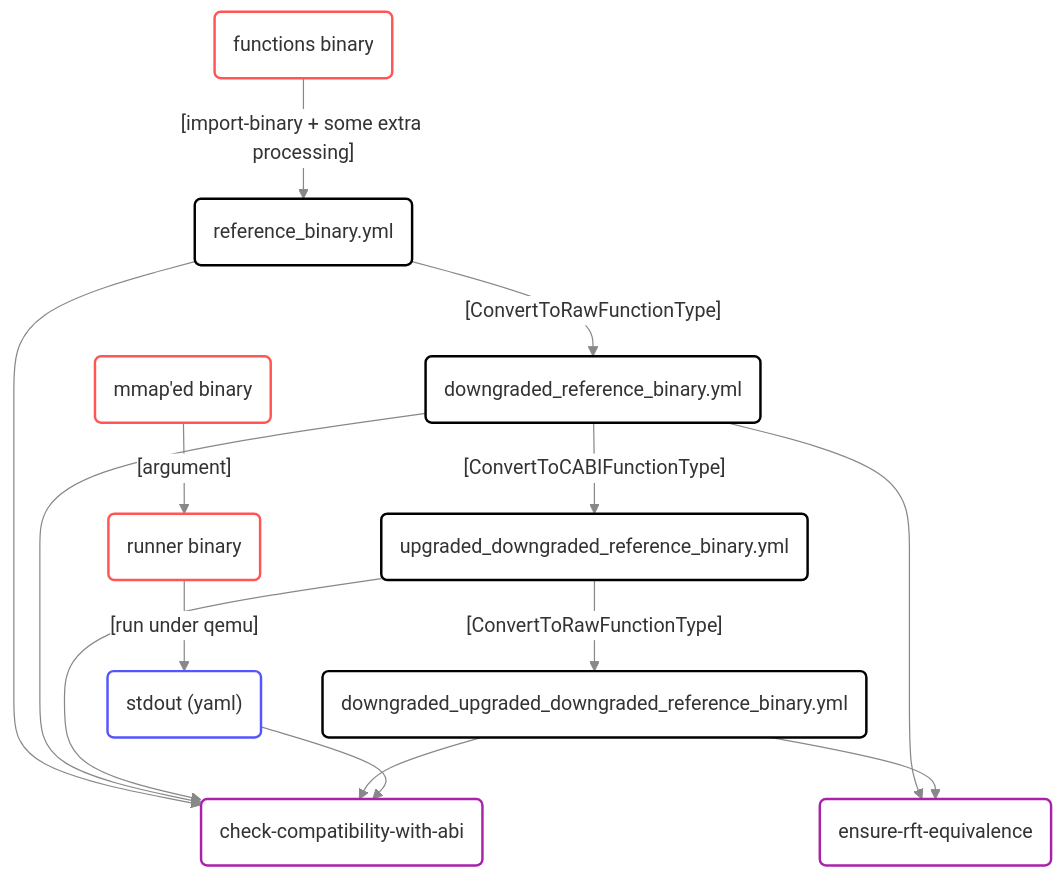
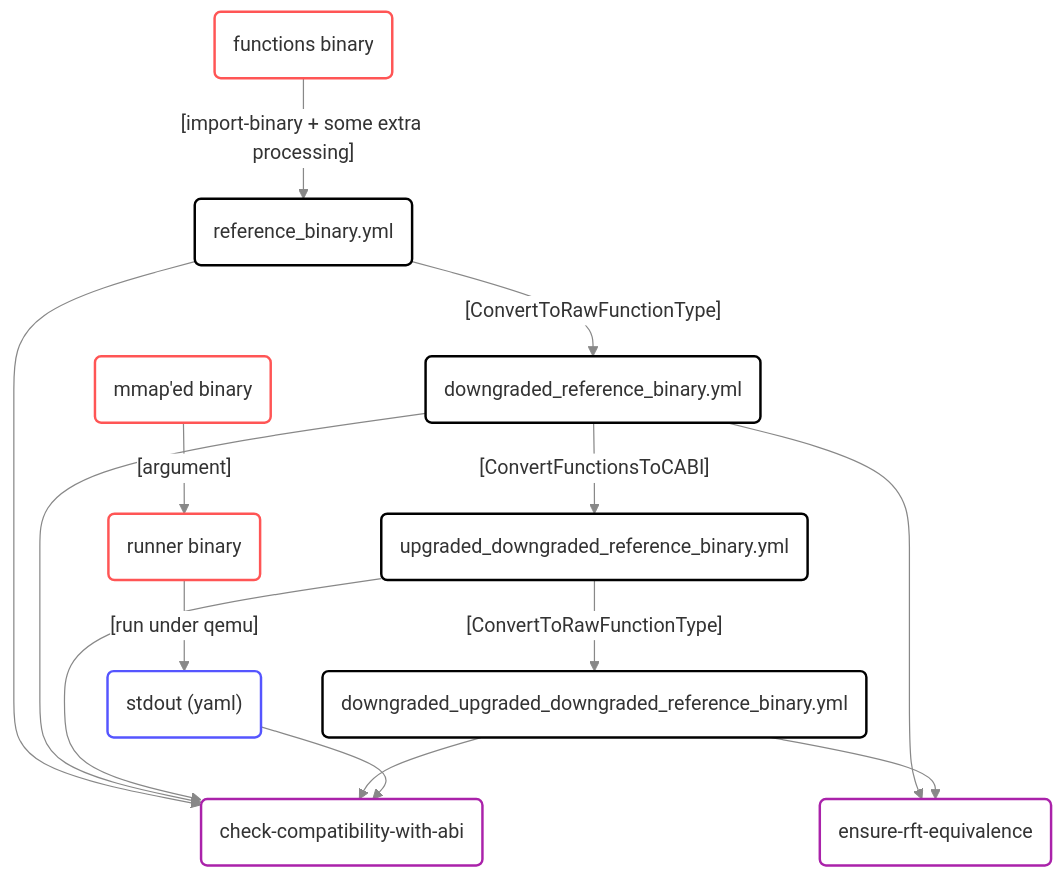
One commit to revng/revng changed the first of 2 diagrams in share/revng/test/tests/abi/README.md. Above: the diagram before and after it, drawn with Mermaid. The commit also changed other lines of this file and 4 other files, not shown here.

Commit message:
s/ToCABIFunctionType/FunctionsToCABI/s

````diff
--- a/share/revng/test/tests/abi/README.md
+++ b/share/revng/test/tests/abi/README.md
@@ -7,45 +7,45 @@
 ```mermaid
 %%{init: {'themeVariables': { 'edgeLabelBackground': 'white'}}}%%
 graph TB
   linkStyle default stroke: #888
   classDef black fill: #fff, stroke: #000, stroke-width: 2px
   classDef red fill: #fff, stroke: #f55, stroke-width: 2px
   classDef blue fill: #fff, stroke: #55f, stroke-width: 2px
   classDef green fill: #fff, stroke: #090, stroke-width: 2px
   classDef purple fill: #fff, stroke: #a2a, stroke-width: 2px
 
   fb(functions binary)
   rb(runner binary)
   mb(mmap'ed binary)
   class fb,rb,mb red
 
   reference_binary.yml(reference_binary.yml)
   downgraded_reference_binary.yml(downgraded_reference_binary.yml)
   upgraded_downgraded_reference_binary.yml(upgraded_downgraded_reference_binary.yml)
   downgraded_upgraded_downgraded_reference_binary.yml(downgraded_upgraded_downgraded_reference_binary.yml)
   class reference_binary.yml,downgraded_reference_binary.yml,upgraded_downgraded_reference_binary.yml,downgraded_upgraded_downgraded_reference_binary.yml black
 
   yaml("stdout (yaml)")
   class yaml blue
 
   check-compatibility-with-abi(check-compatibility-with-abi)
   ensure-rft-equivalence(ensure-rft-equivalence)
   class check-compatibility-with-abi,ensure-rft-equivalence purple
 
   fb -- "[import-binary + some extra processing]" --> reference_binary.yml
   reference_binary.yml -- "[ConvertToRawFunctionType]" --> downgraded_reference_binary.yml
-  downgraded_reference_binary.yml -- "[ConvertToCABIFunctionType]" --> upgraded_downgraded_reference_binary.yml
+  downgraded_reference_binary.yml -- "[ConvertFunctionsToCABI]" --> upgraded_downgraded_reference_binary.yml
   upgraded_downgraded_reference_binary.yml -- "[ConvertToRawFunctionType]" --> downgraded_upgraded_downgraded_reference_binary.yml
 
   rb -- "[run under qemu]" --> yaml
   mb -- "[argument]" --> rb
 
   reference_binary.yml --> check-compatibility-with-abi
   downgraded_reference_binary.yml --> check-compatibility-with-abi
   upgraded_downgraded_reference_binary.yml --> check-compatibility-with-abi
   downgraded_upgraded_downgraded_reference_binary.yml --> check-compatibility-with-abi
   yaml --> check-compatibility-with-abi
 
   downgraded_reference_binary.yml --> ensure-rft-equivalence
   downgraded_upgraded_downgraded_reference_binary.yml --> ensure-rft-equivalence
 ```
````
